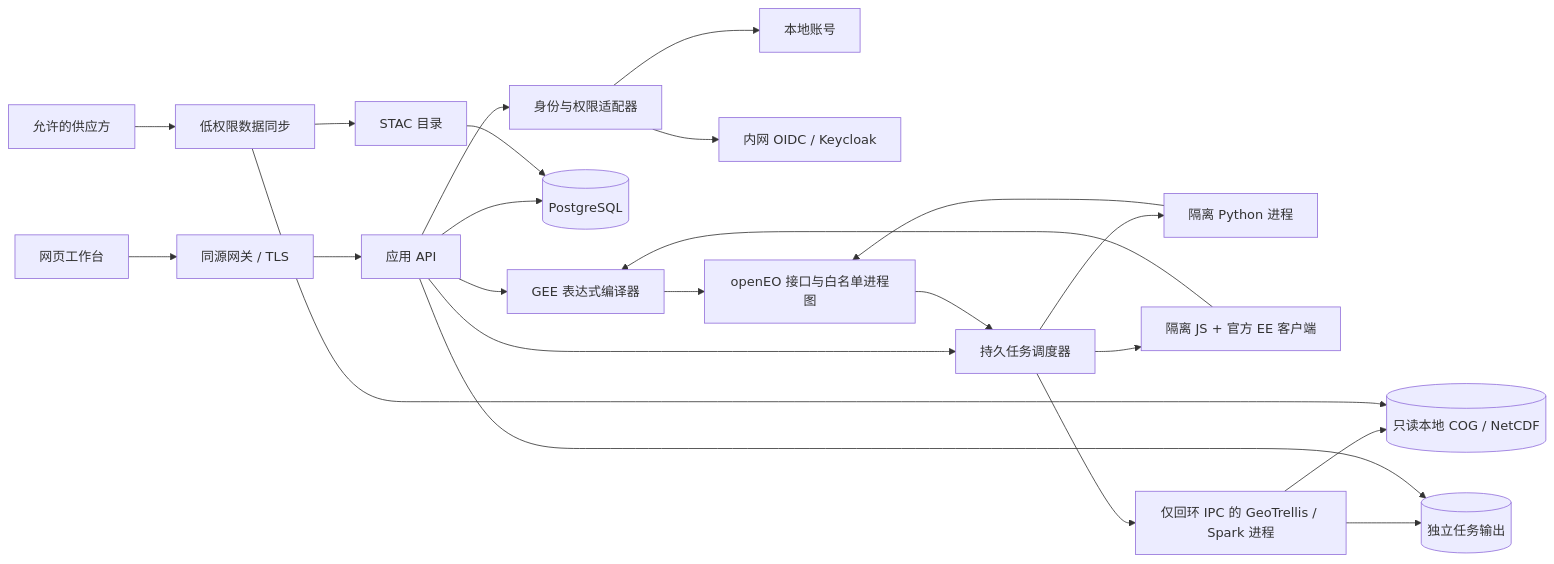
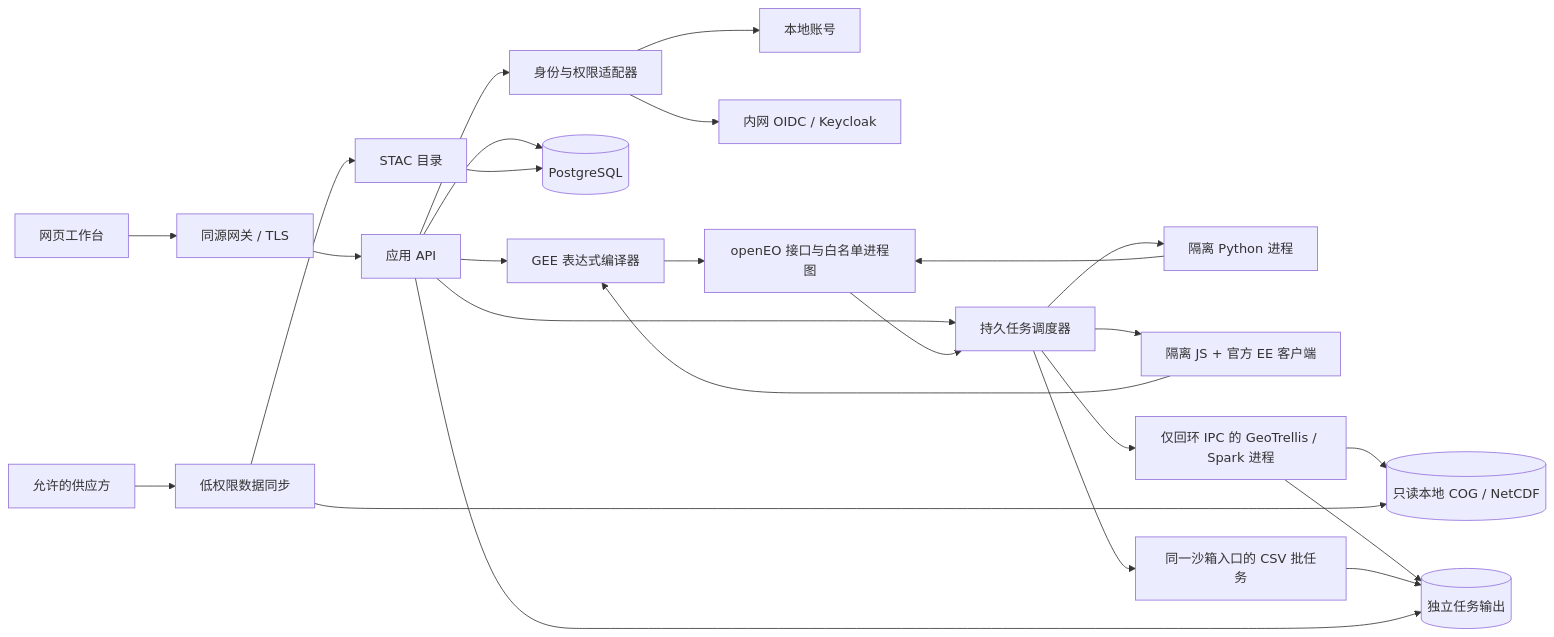
Before and after one commit to JamesLinYJ/local-ee: the diagram in docs/architecture.md, drawn with Mermaid. The commit also changed other lines of this file and 24 other files, not shown here.

````diff
--- a/docs/architecture.md
+++ b/docs/architecture.md
@@ -16,25 +16,27 @@
 ```mermaid
 flowchart LR
   Browser[网页工作台] --> Gateway[同源网关 / TLS]
   Gateway --> API[应用 API]
   API --> IAM[身份与权限适配器]
   IAM --> Local[本地账号]
   IAM --> OIDC[内网 OIDC / Keycloak]
   API --> PG[(PostgreSQL)]
   API --> EE[GEE 表达式编译器]
   EE --> OpenEO[openEO 接口与白名单进程图]
   API --> Scheduler[持久任务调度器]
   Scheduler --> Python[隔离 Python 进程]
   Scheduler --> JS[隔离 JS + 官方 EE 客户端]
   JS --> EE
   Python --> OpenEO
   OpenEO --> Scheduler
   Scheduler --> Batch[仅回环 IPC 的 GeoTrellis / Spark 进程]
+  Scheduler --> Table[同一沙箱入口的 CSV 批任务]
   Batch --> Assets[(只读本地 COG / NetCDF)]
   Batch --> Results[(独立任务输出)]
+  Table --> Results
   API --> Results
   Provider[允许的供应方] --> Sync[低权限数据同步]
   Sync --> Assets
   Sync --> STAC[STAC 目录]
   STAC --> PG
 ```
````
